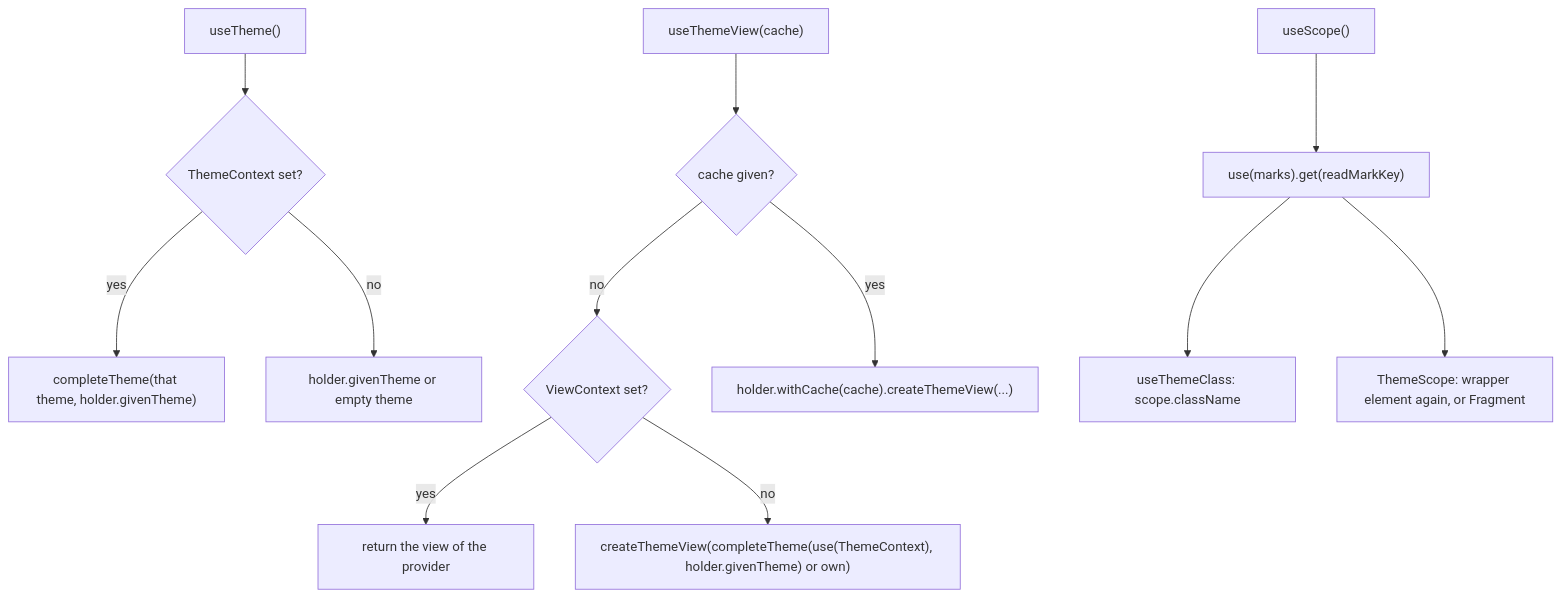
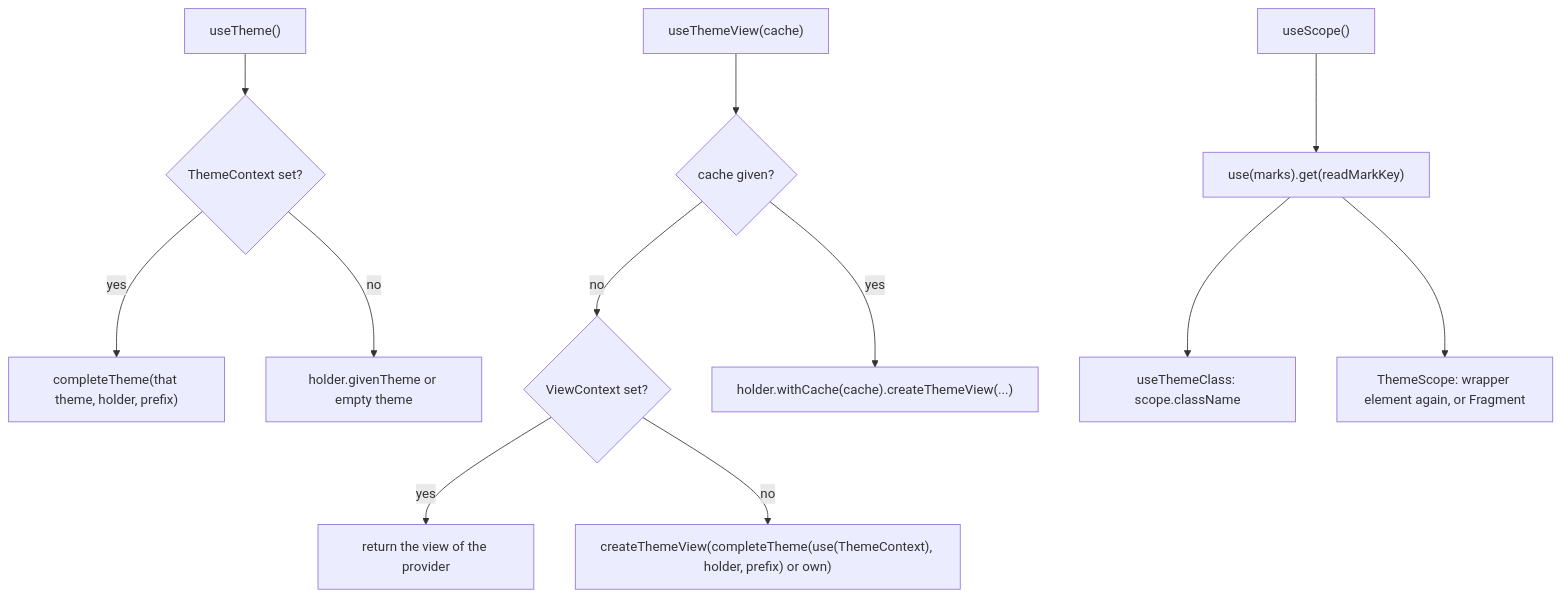
The diagram in packages/react/src/ThemeValue.md (soroush-tech/umber-style), drawn with Mermaid before and after one commit. The commit also changed other lines of this file and 25 other files, not shown here.

````diff
--- a/packages/react/src/ThemeValue.md
+++ b/packages/react/src/ThemeValue.md
@@ -20,14 +20,14 @@
 ```mermaid
 flowchart TD
   useTheme["useTheme()"] --> ctx{"ThemeContext set?"}
-  ctx -->|yes| real["completeTheme(that theme, holder.givenTheme)"]
+  ctx -->|yes| real["completeTheme(that theme, holder, prefix)"]
   ctx -->|no| own["holder.givenTheme or empty theme"]
   view["useThemeView(cache)"] --> local{"cache given?"}
   local -->|no| viewctx{"ViewContext set?"}
   viewctx -->|yes| given["return the view of the provider"]
-  viewctx -->|no| build["createThemeView(completeTheme(use(ThemeContext), holder.givenTheme) or own)"]
+  viewctx -->|no| build["createThemeView(completeTheme(use(ThemeContext), holder, prefix) or own)"]
   local -->|yes| build2["holder.withCache(cache).createThemeView(...)"]
   scope["useScope()"] --> marks["use(marks).get(readMarkKey)"]
   marks --> cls["useThemeClass: scope.className"]
   marks --> wrap["ThemeScope: wrapper element again, or Fragment"]
 ```
````
